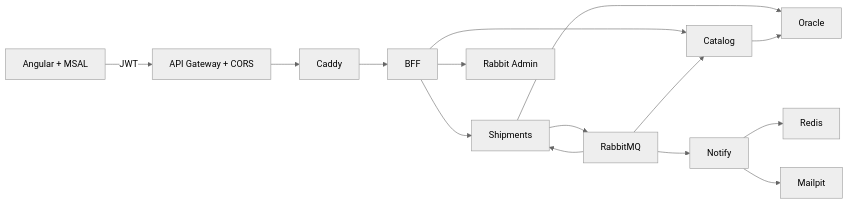
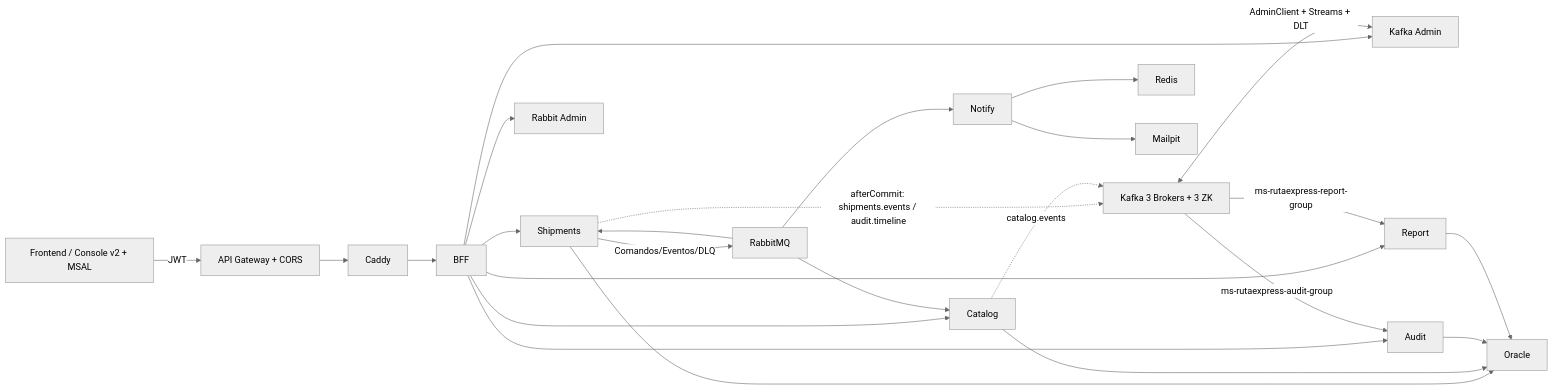
The diagram in README.md (Henisaa/Proyecto-cloud-native), drawn with Mermaid (neutral theme) before and after one commit. The commit also changed other lines of this file and 36 other files, not shown here.

Commit message:
feat(kafka-ep5): completar admin CRUD/grupos Kafka, hardening consumidores/productores, CLI y frontend-v2

````diff
--- a/README.md
+++ b/README.md
@@ -5,17 +5,27 @@
 ```mermaid
 flowchart LR
-  Angular[Angular + MSAL] -->|JWT| Gateway[API Gateway + CORS]
+  Angular[Frontend / Console v2 + MSAL] -->|JWT| Gateway[API Gateway + CORS]
   Gateway --> Caddy
   Caddy --> BFF
   BFF --> Shipments
   BFF --> Catalog
   BFF --> Admin[Rabbit Admin]
-  Shipments --> RabbitMQ
+  BFF --> KafkaAdmin[Kafka Admin]
+  BFF --> Audit
+  BFF --> Report
+  Shipments -->|Comandos/Eventos/DLQ| RabbitMQ
   RabbitMQ --> Catalog
   RabbitMQ --> Notify
   RabbitMQ --> Shipments
+  Shipments -.->|"afterCommit: shipments.events / audit.timeline"| Kafka[Kafka 3 Brokers + 3 ZK]
+  Catalog -.->|"catalog.events"| Kafka
+  Kafka -->|"ms-rutaexpress-audit-group"| Audit
+  Kafka -->|"ms-rutaexpress-report-group"| Report
+  Kafka <-->|"AdminClient + Streams + DLT"| KafkaAdmin
   Shipments --> Oracle
   Catalog --> Oracle
+  Audit --> Oracle
+  Report --> Oracle
   Notify --> Redis
   Notify --> Mailpit
 ```
````
